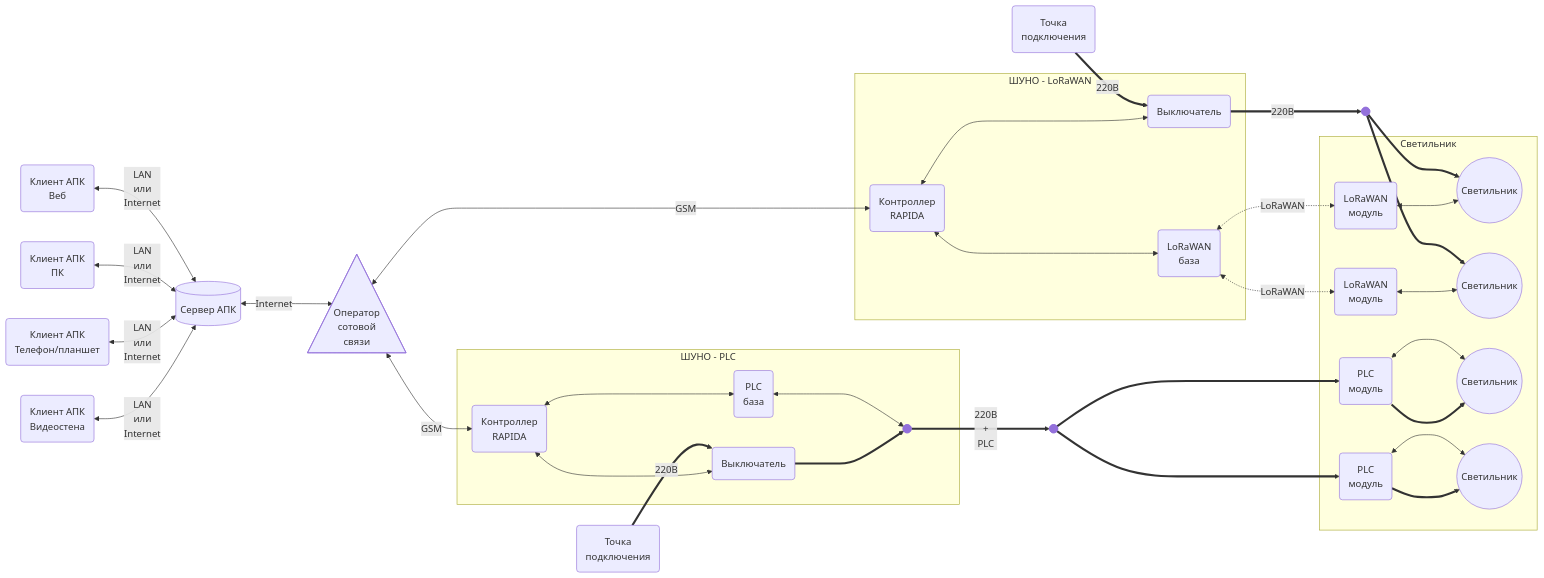
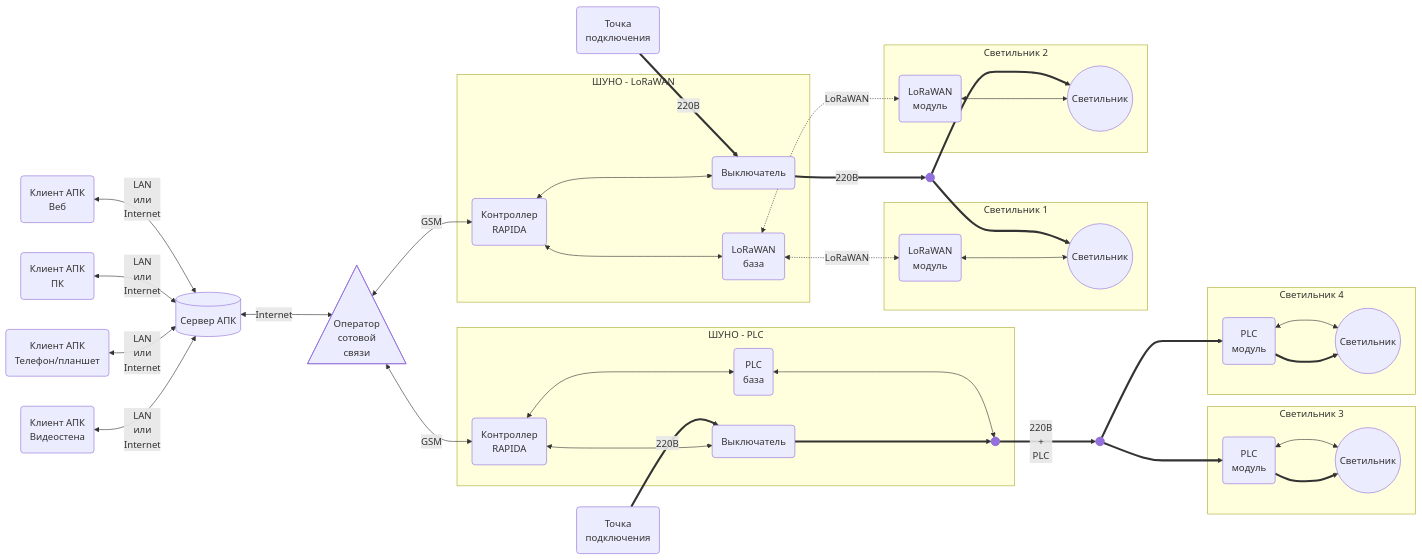
One commit to KhudyakovAlex/Svetosila changed the diagram in PRD/SvetosilaPRD.md. Above: the diagram before and after it, drawn with Mermaid. The commit also changed other lines of this file and 2 other files, not shown here.

```diff
--- a/PRD/SvetosilaPRD.md
+++ b/PRD/SvetosilaPRD.md
@@ -119,12 +119,12 @@
   CB2 ===> LUM3
   CB2 ===> LUM4
 
-subgraph Светильник
+subgraph Светильник 1
   LW1(LoRaWAN<br>модуль)
   LUM3((Светильник))
 end
 
-subgraph Светильник
+subgraph Светильник 2
   LW2(LoRaWAN<br>модуль)
   LUM4((Светильник))
 end
@@ -155,12 +155,12 @@
   CB1 ===> PLC1
   CB1 ===> PLC2
 
-subgraph Светильник
+subgraph Светильник 3
   PLC1(PLC<br>модуль)
   LUM1((Светильник))
 end
 
-subgraph Светильник
+subgraph Светильник 4
   PLC2(PLC<br>модуль)
   LUM2((Светильник))  
 end
```
